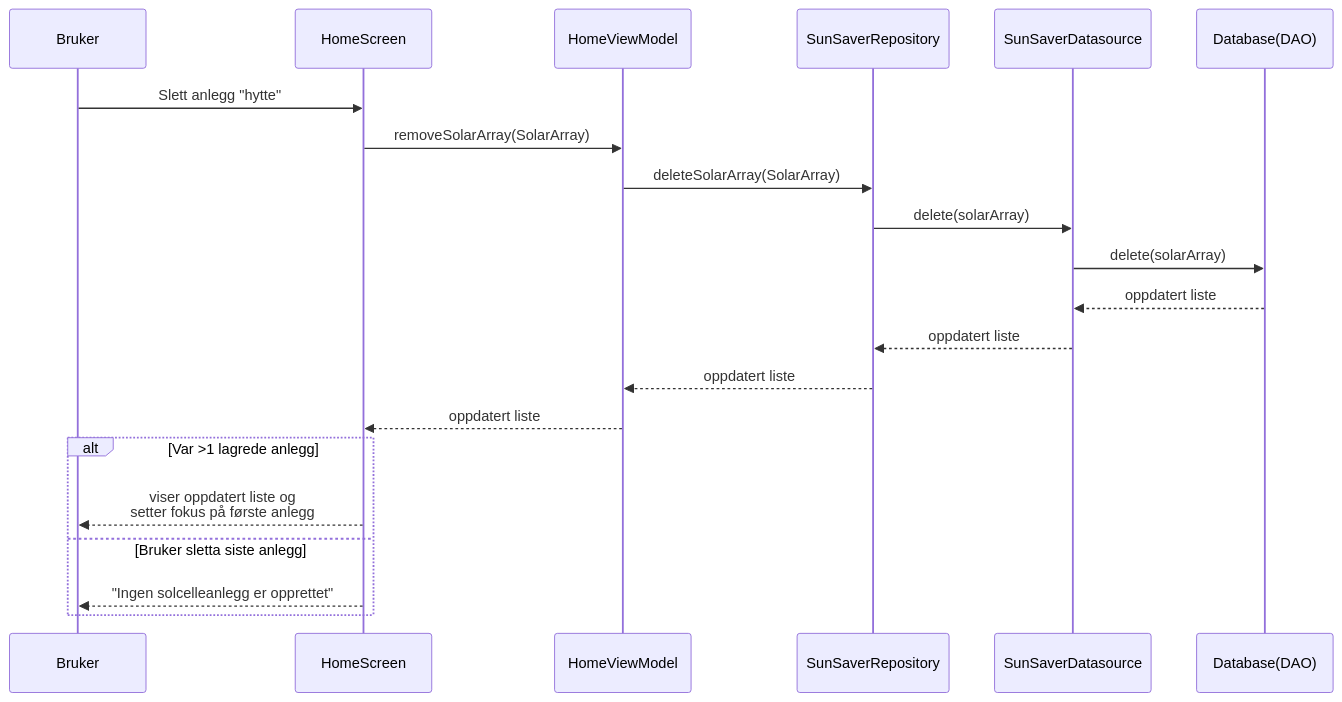
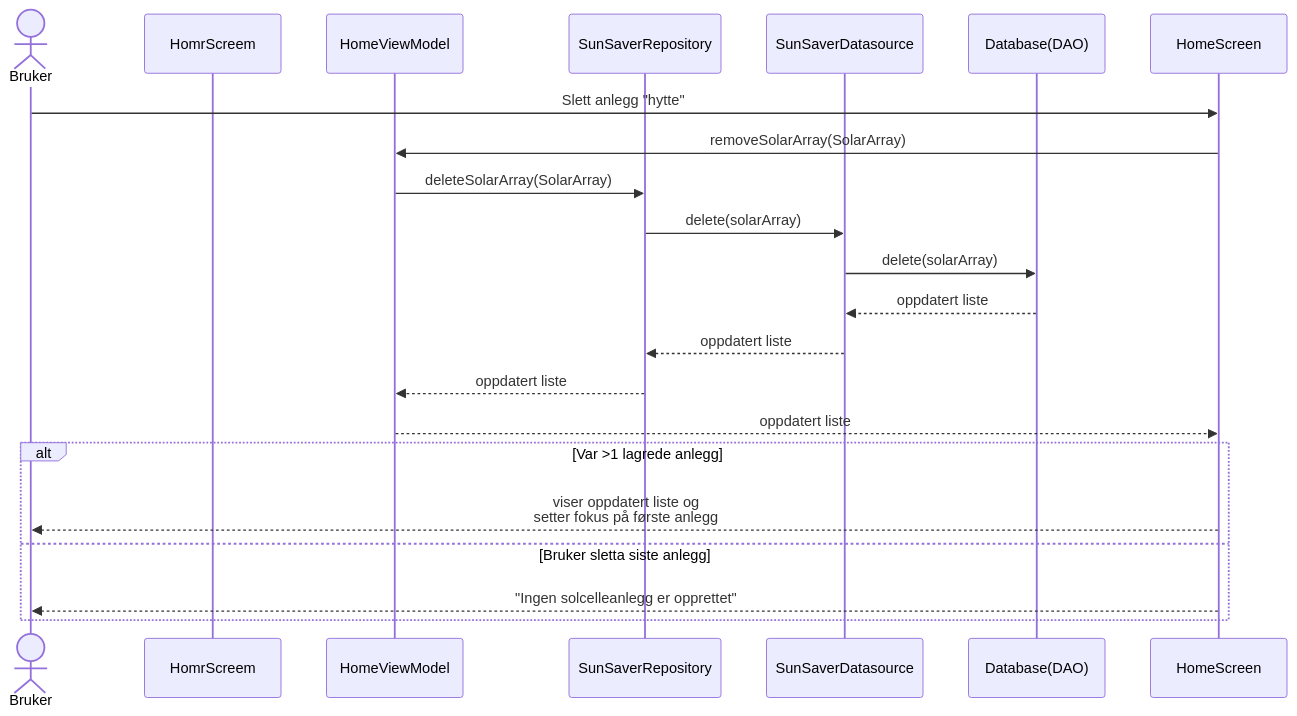
One commit to pragathiGopal25/SunSaver changed the third of 3 diagrams in MODELING.md. Above: the diagram before and after it, drawn with Mermaid. The commit also changed other lines of this file and 1 other file, not shown here.

````diff
--- a/MODELING.md
+++ b/MODELING.md
@@ -497,19 +507,26 @@
 ```mermaid
 sequenceDiagram
+    actor Bruker
+    participant HomrScreem
+    participant HomeViewModel
+    participant SunSaverRepository
+    participant SunSaverDatasource
+    participant Database(DAO)
+
     Bruker ->> HomeScreen: Slett anlegg "hytte"
     HomeScreen ->> HomeViewModel: removeSolarArray(SolarArray)
     HomeViewModel ->> SunSaverRepository: deleteSolarArray(SolarArray)
 	SunSaverRepository ->> SunSaverDatasource: delete(solarArray)
 	SunSaverDatasource ->> Database(DAO): delete(solarArray) 
 	
 	Database(DAO) -->> SunSaverDatasource: oppdatert liste 
 	SunSaverDatasource -->> SunSaverRepository: oppdatert liste
 	SunSaverRepository -->> HomeViewModel: oppdatert liste
 	HomeViewModel -->> HomeScreen: oppdatert liste
     
     alt Var >1 lagrede anlegg
         HomeScreen -->> Bruker: viser oppdatert liste og <br/>setter fokus på første anlegg
     else Bruker sletta siste anlegg 
         HomeScreen -->> Bruker: "Ingen solcelleanlegg er opprettet"
     end
 ```
````
